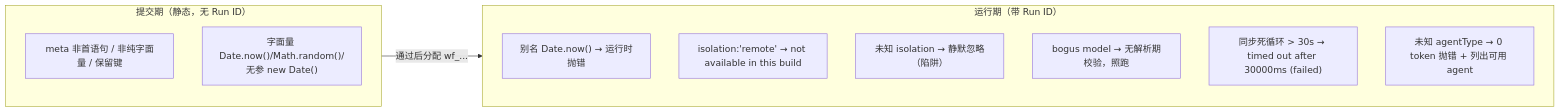
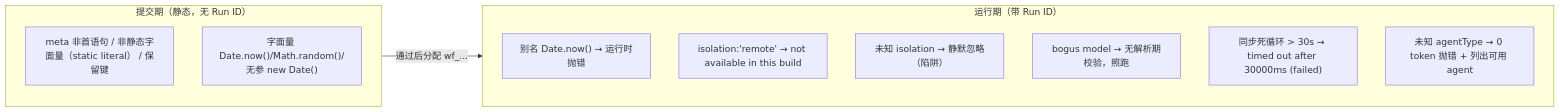
The second of 4 diagrams in docs/zh/p6-28-validator-debug.md (AGI-is-going-to-arrive/workflow-cookbook), drawn with Mermaid before and after one commit. The commit also changed other lines of this file and 78 other files, not shown here.

````diff
--- a/docs/zh/p6-28-validator-debug.md
+++ b/docs/zh/p6-28-validator-debug.md
@@ -234,18 +234,18 @@
 ```mermaid
 flowchart LR
     subgraph SUBMIT["提交期（静态，无 Run ID）"]
       direction TB
-      S1["meta 非首语句 / 非纯字面量 / 保留键"]
+      S1["meta 非首语句 / 非静态字面量（static literal） / 保留键"]
       S2["字面量 Date.now()/Math.random()/无参 new Date()"]
     end
     subgraph RUNTIME["运行期（带 Run ID）"]
       direction TB
       R1["别名 Date.now() → 运行时抛错"]
       R2["isolation:'remote' → not available in this build"]
       R3["未知 isolation → 静默忽略（陷阱）"]
       R4["bogus model → 无解析期校验，照跑"]
       R5["同步死循环 > 30s → timed out after 30000ms (failed)"]
       R6["未知 agentType → 0 token 抛错 + 列出可用 agent"]
     end
     SUBMIT -->|"通过后分配 wf_..."| RUNTIME
 ```
````
